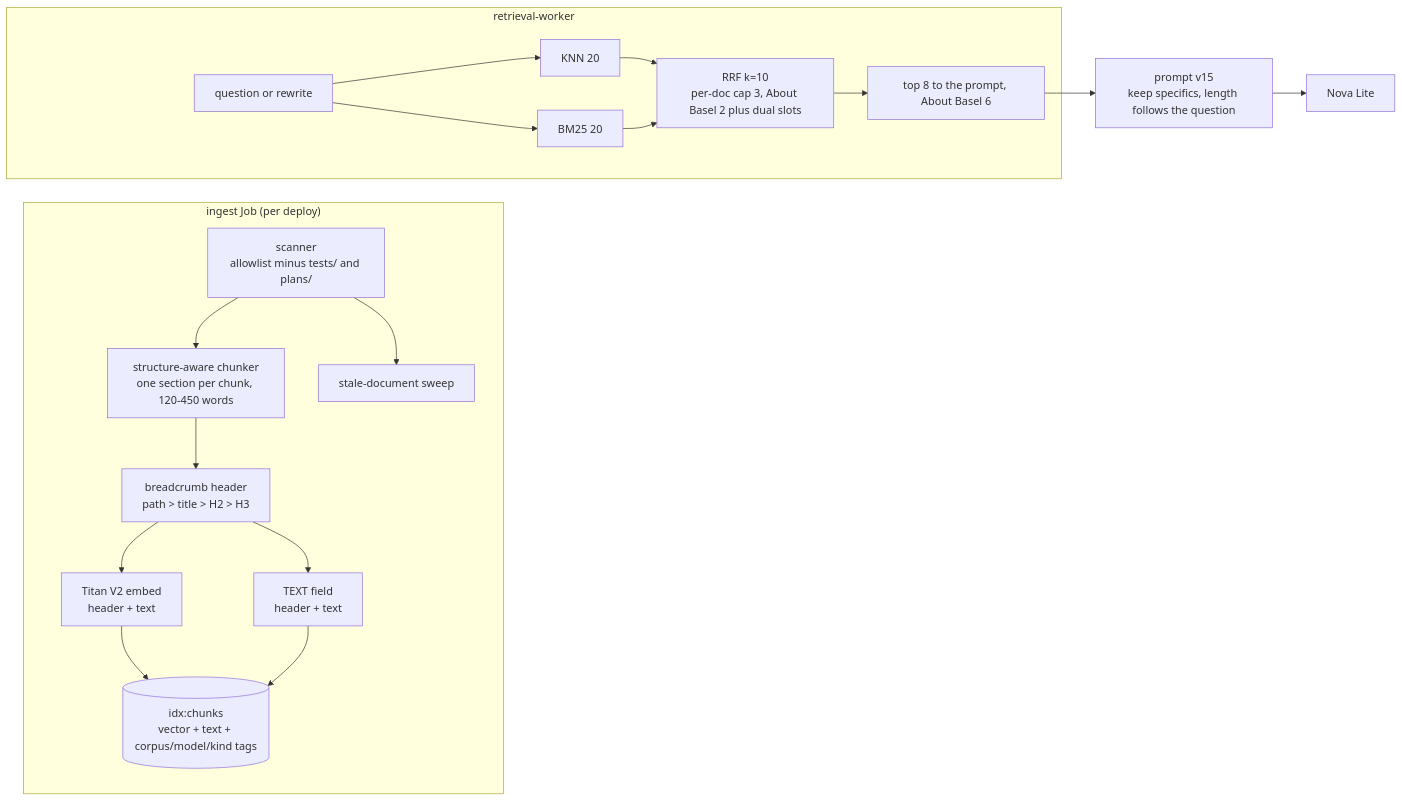
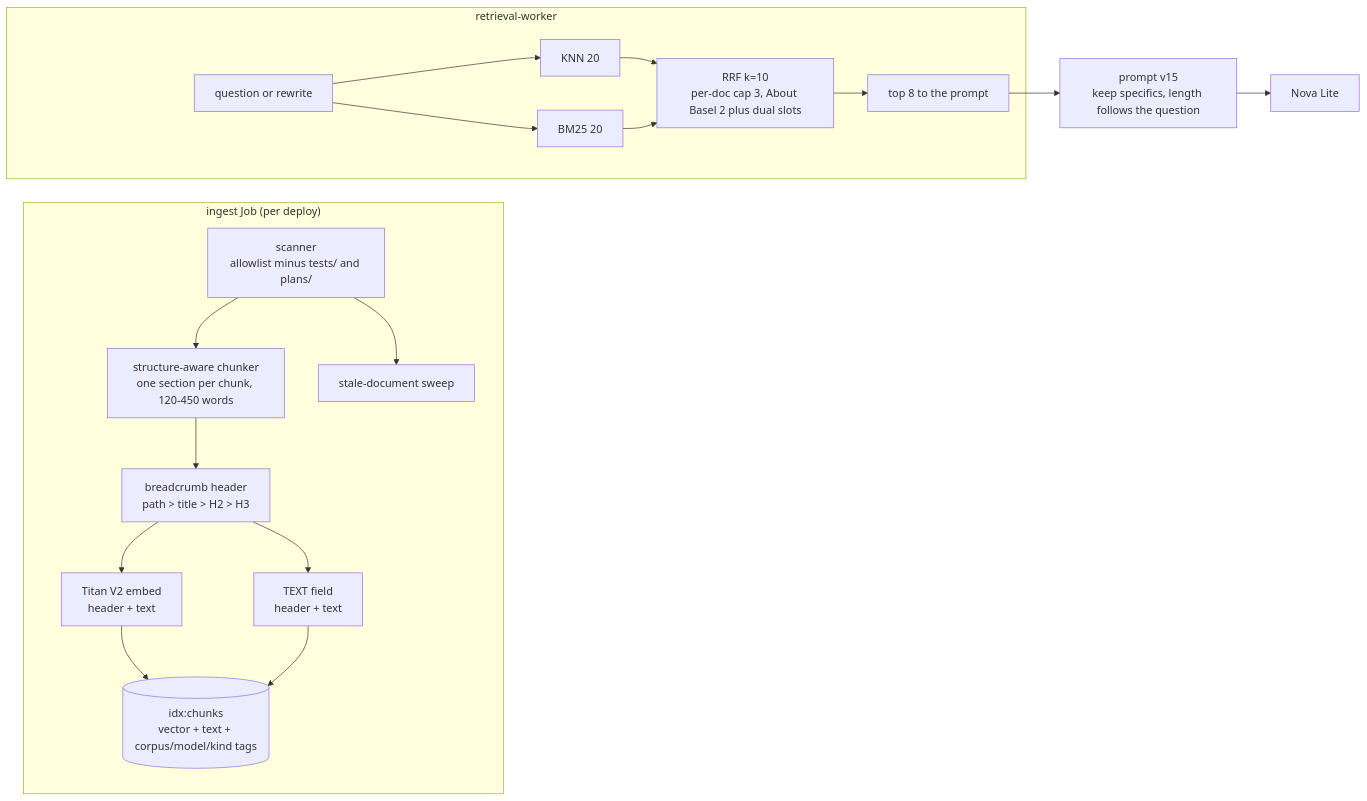
The diagram in docs/DESIGN-005-rag-quality.md (hacka-tron/basel.engineering), drawn with Mermaid before and after one commit. The commit also changed other lines of this file and 8 other files, not shown here.

Commit message:
rag p8 after v18: About Basel returns 8 for the casual route; tech questions stay strict; docs and report

````diff
--- a/docs/DESIGN-005-rag-quality.md
+++ b/docs/DESIGN-005-rag-quality.md
@@ -161,21 +161,21 @@
 ```mermaid
 flowchart LR
     subgraph Ingest["ingest Job (per deploy)"]
         S[scanner<br/>allowlist minus tests/ and plans/] --> C[structure-aware chunker<br/>one section per chunk, 120-450 words]
         C --> H[breadcrumb header<br/>path > title > H2 > H3]
         H --> E[Titan V2 embed<br/>header + text]
         H --> T[TEXT field<br/>header + text]
         E --> IDX[(idx:chunks<br/>vector + text + corpus/model/kind tags)]
         T --> IDX
         S --> SW[stale-document sweep]
     end
     subgraph Ask["retrieval-worker"]
         Q[question or rewrite] --> KNN[KNN 20]
         Q --> BM[BM25 20]
         KNN --> F[RRF k=10<br/>per-doc cap 3, About Basel 2 plus dual slots]
         BM --> F
-        F --> TOP[top 8 to the prompt, About Basel 6]
+        F --> TOP[top 8 to the prompt]
     end
     TOP --> P[prompt v15<br/>keep specifics, length follows the question]
     P --> LLM[Nova Lite]
 ```
````
